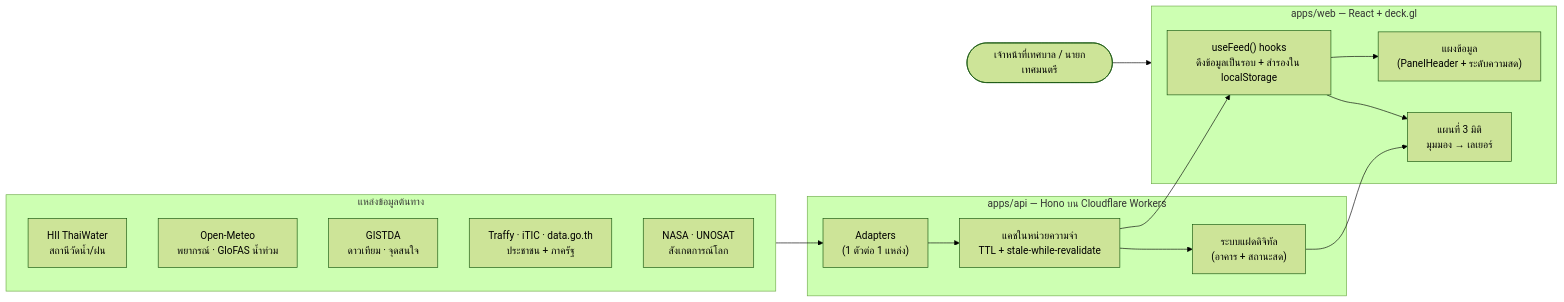
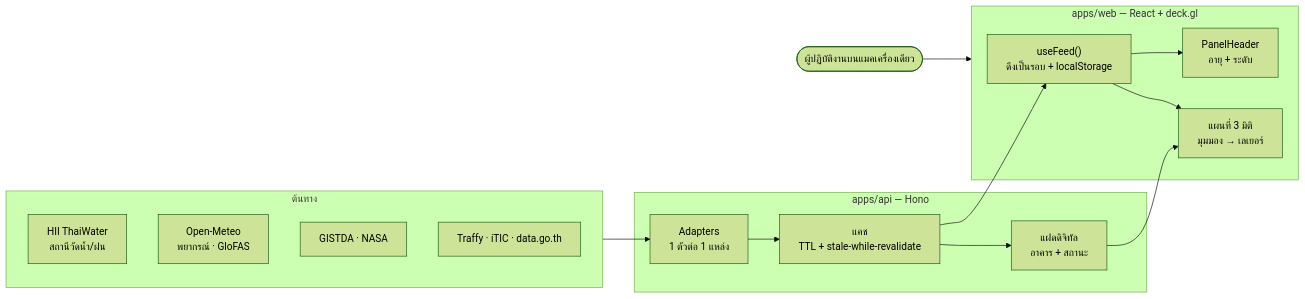
The second of 2 diagrams in README.th.md (Nonarkara/nst-control-tower), drawn with Mermaid (forest theme) before and after one commit. The commit also changed other lines of this file and 4 other files, not shown here.

````diff
--- a/README.th.md
+++ b/README.th.md
@@ -56,28 +91,26 @@
 ```mermaid
 flowchart LR
-    subgraph Upstream["แหล่งข้อมูลต้นทาง"]
+    subgraph Upstream["ต้นทาง"]
         HII["HII ThaiWater<br/>สถานีวัดน้ำ/ฝน"]
-        OM["Open-Meteo<br/>พยากรณ์ · GloFAS น้ำท่วม"]
-        GISTDA["GISTDA<br/>ดาวเทียม · จุดสนใจ"]
-        GOV["Traffy · iTIC · data.go.th<br/>ประชาชน + ภาครัฐ"]
-        SAT["NASA · UNOSAT<br/>สังเกตการณ์โลก"]
+        OM["Open-Meteo<br/>พยากรณ์ · GloFAS"]
+        GISTDA["GISTDA · NASA"]
+        GOV["Traffy · iTIC · data.go.th"]
     end
 
-    subgraph API["apps/api — Hono บน Cloudflare Workers"]
-        Adapters["Adapters<br/>(1 ตัวต่อ 1 แหล่ง)"]
-        Cache["แคชในหน่วยความจำ<br/>TTL + stale-while-revalidate"]
-        Twin["ระบบแฝดดิจิทัล<br/>(อาคาร + สถานะสด)"]
+    subgraph API["apps/api — Hono"]
+        Adapters["Adapters<br/>1 ตัวต่อ 1 แหล่ง"]
+        Cache["แคช<br/>TTL + stale-while-revalidate"]
+        Twin["แฝดดิจิทัล<br/>อาคาร + สถานะ"]
     end
 
     subgraph Web["apps/web — React + deck.gl"]
-        Hooks["useFeed() hooks<br/>ดึงข้อมูลเป็นรอบ + สำรองใน localStorage"]
-        Panels["แผงข้อมูล<br/>(PanelHeader + ระดับความสด)"]
+        Hooks["useFeed()<br/>ดึงเป็นรอบ + localStorage"]
+        Panels["PanelHeader<br/>อายุ + ระดับ"]
         Map["แผนที่ 3 มิติ<br/>มุมมอง → เลเยอร์"]
     end
 
     Upstream --> Adapters --> Cache --> Hooks --> Panels
     Cache --> Twin --> Map
     Hooks --> Map
-
-    Operator(["เจ้าหน้าที่เทศบาล / นายกเทศมนตรี"]) --> Web
+    Op(["ผู้ปฏิบัติงานบนแมคเครื่องเดียว"]) --> Web
 ```
````
